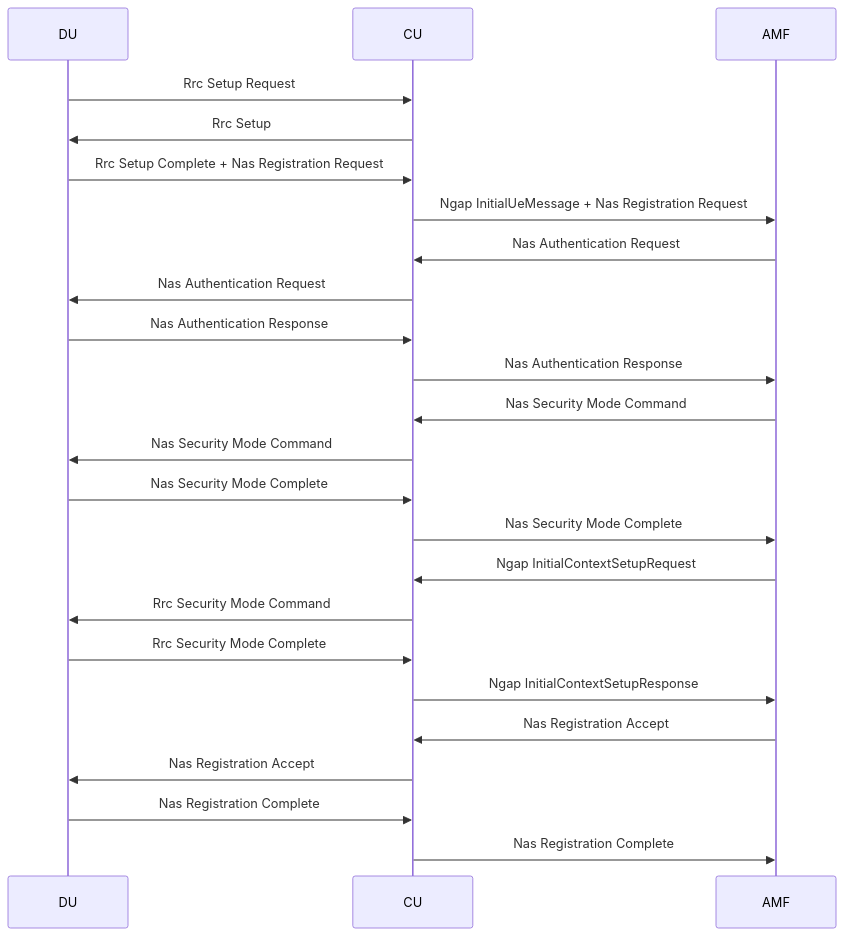
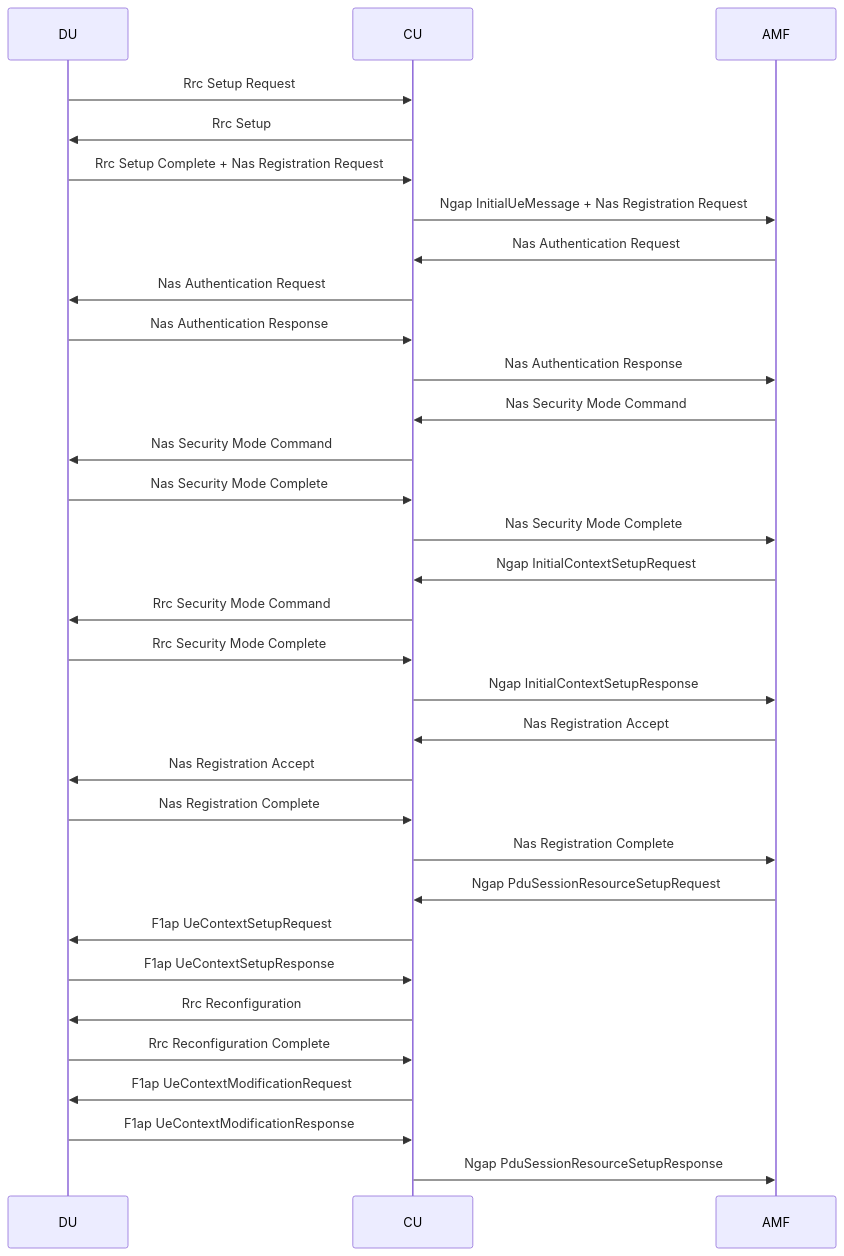
One commit to nplrkn/alsoran changed the diagram in documentation/howto/odu.md. Above: the diagram before and after it, drawn with Mermaid. The commit also changed 3 other files, not shown here.

````diff
--- a/documentation/howto/odu.md
+++ b/documentation/howto/odu.md
@@ -86,26 +86,34 @@
 ```mermaid
 sequenceDiagram
   participant DU
   participant CU
   participant AMF
   DU->>CU: Rrc Setup Request
   CU->>DU: Rrc Setup
   DU->>CU: Rrc Setup Complete + Nas Registration Request
   CU->>AMF: Ngap InitialUeMessage + Nas Registration Request
   AMF->>CU: Nas Authentication Request
   CU->>DU: Nas Authentication Request
   DU->>CU: Nas Authentication Response
   CU->>AMF: Nas Authentication Response
   AMF->>CU: Nas Security Mode Command 
   CU->>DU: Nas Security Mode Command
   DU->> CU: Nas Security Mode Complete
   CU->>AMF: Nas Security Mode Complete
   AMF->>CU: Ngap InitialContextSetupRequest
   CU->>DU: Rrc Security Mode Command
   DU->>CU: Rrc Security Mode Complete
   CU->>AMF: Ngap InitialContextSetupResponse
   AMF->>CU: Nas Registration Accept 
   CU->>DU: Nas Registration Accept
   DU->>CU: Nas Registration Complete
   CU->>AMF: Nas Registration Complete
+  AMF->>CU: Ngap PduSessionResourceSetupRequest
+  CU->>DU: F1ap UeContextSetupRequest
+  DU->>CU: F1ap UeContextSetupResponse
+  CU->>DU: Rrc Reconfiguration
+  DU->>CU: Rrc Reconfiguration Complete
+  CU->>DU: F1ap UeContextModificationRequest
+  DU->>CU: F1ap UeContextModificationResponse
+  CU->>AMF: Ngap PduSessionResourceSetupResponse
 ```
````
